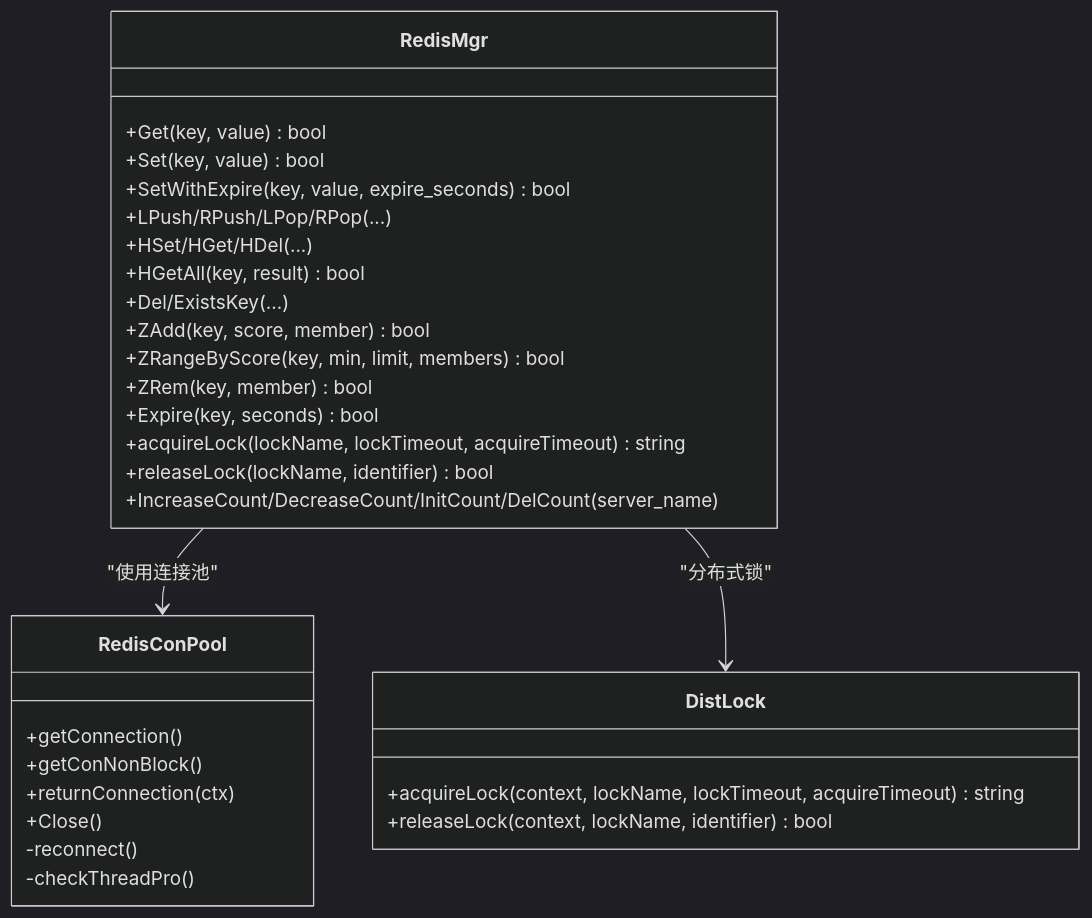
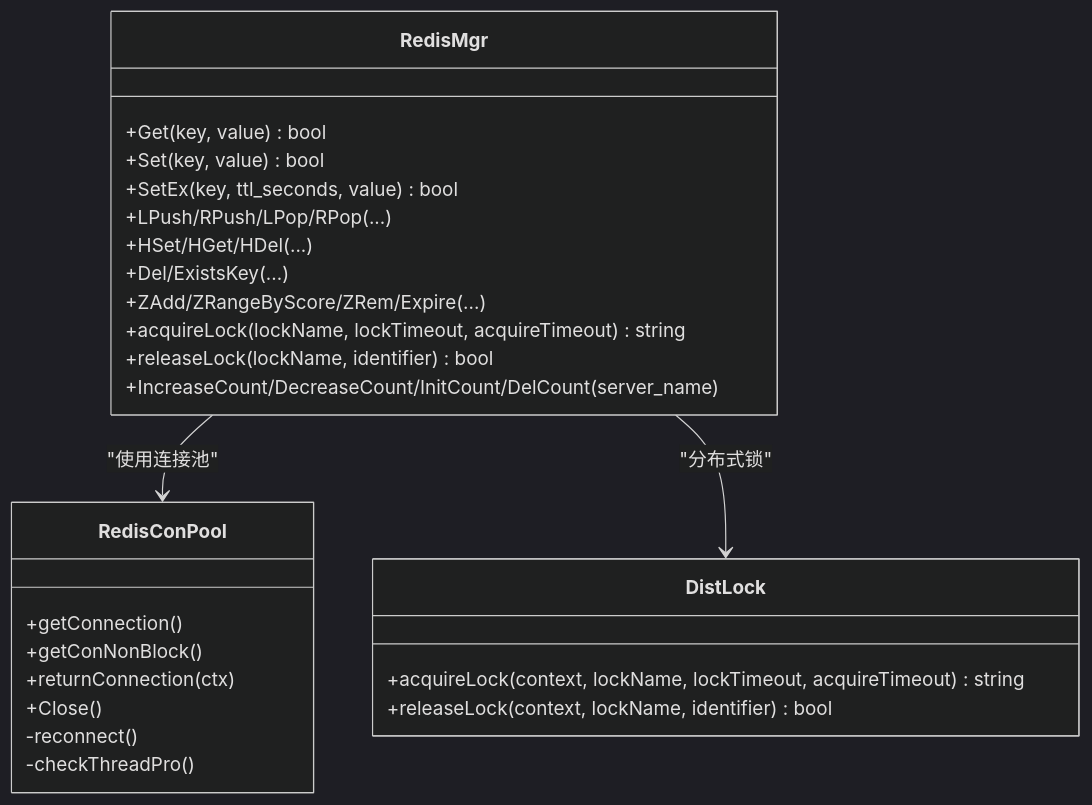
Before and after one commit to echo9923/mychatter: the second of 7 diagrams in .qoder/repowiki/zh/content/缓存和存储/Redis缓存策略.md, drawn with Mermaid (dark theme). The commit also changed other lines of this file and 58 other files, not shown here.

````diff
--- a/.qoder/repowiki/zh/content/缓存和存储/Redis缓存策略.md
+++ b/.qoder/repowiki/zh/content/缓存和存储/Redis缓存策略.md
@@ -103,33 +92,29 @@
 ```mermaid
 classDiagram
 class RedisConPool {
 +getConnection()
 +getConNonBlock()
 +returnConnection(ctx)
 +Close()
 -reconnect()
 -checkThreadPro()
 }
 class RedisMgr {
 +Get(key, value) bool
 +Set(key, value) bool
-+SetWithExpire(key, value, expire_seconds) bool
++SetEx(key, ttl_seconds, value) bool
 +LPush/RPush/LPop/RPop(...)
 +HSet/HGet/HDel(...)
-+HGetAll(key, result) bool
 +Del/ExistsKey(...)
-+ZAdd(key, score, member) bool
-+ZRangeByScore(key, min, limit, members) bool
-+ZRem(key, member) bool
-+Expire(key, seconds) bool
++ZAdd/ZRangeByScore/ZRem/Expire(...)
 +acquireLock(lockName, lockTimeout, acquireTimeout) string
 +releaseLock(lockName, identifier) bool
 +IncreaseCount/DecreaseCount/InitCount/DelCount(server_name)
 }
 class DistLock {
 +acquireLock(context, lockName, lockTimeout, acquireTimeout) string
 +releaseLock(context, lockName, identifier) bool
 }
 RedisMgr --> RedisConPool : "使用连接池"
 RedisMgr --> DistLock : "分布式锁"
 ```
````
